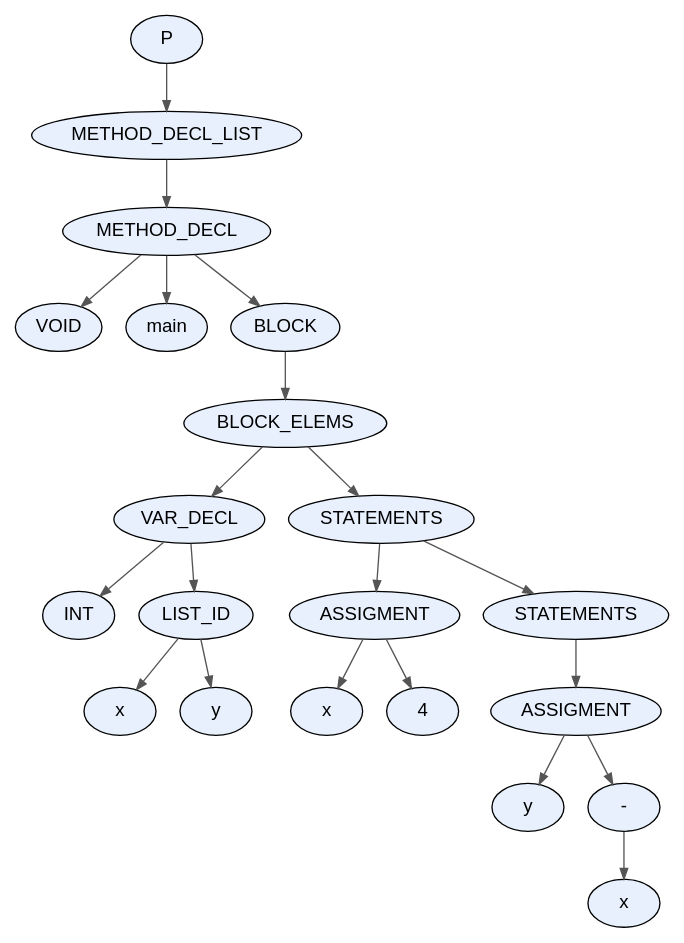
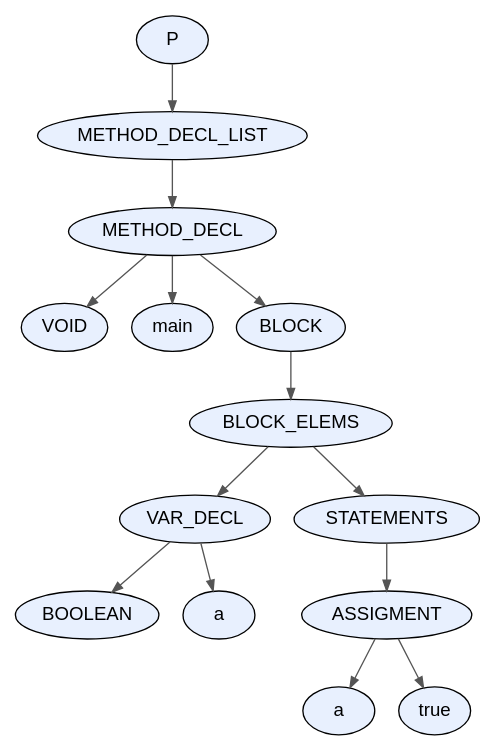
One commit to facundo-dario-loser/TDS2026 changed the diagram in proyecto/dot_files/test9.dot. Above: the diagram before and after it, drawn with Graphviz. The commit also changed 64 other files, not shown here.

```diff
--- a/proyecto/dot_files/test9.dot
+++ b/proyecto/dot_files/test9.dot
@@ -1,45 +1,31 @@
 digraph AST {
   node [fontname="Arial"];
   edge [arrowsize=0.8, color="#555555"];
-  "node_0x57ef7abeb0e0" [label="P", style=filled, fillcolor="#E8F0FE", shape=ellipse, style="rounded,filled"];
-  "node_0x57ef7abeb0e0" -> "node_0x57ef7abeb090";
-  "node_0x57ef7abeb090" [label="METHOD_DECL_LIST", style=filled, fillcolor="#E8F0FE", shape=ellipse, style="rounded,filled"];
-  "node_0x57ef7abeb090" -> "node_0x57ef7abeb040";
-  "node_0x57ef7abeb040" [label="METHOD_DECL", style=filled, fillcolor="#E8F0FE", shape=ellipse, style="rounded,filled"];
-  "node_0x57ef7abeb040" -> "node_0x57ef7abeaf80";
-  "node_0x57ef7abeaf80" [label="VOID", style=filled, fillcolor="#E8F0FE", shape=ellipse, style="rounded,filled"];
-  "node_0x57ef7abeb040" -> "node_0x57ef7abeafd0";
-  "node_0x57ef7abeafd0" [label="main", style=filled, fillcolor="#E8F0FE", shape=ellipse, style="rounded,filled"];
-  "node_0x57ef7abeb040" -> "node_0x57ef7abeaf30";
-  "node_0x57ef7abeaf30" [label="BLOCK", style=filled, fillcolor="#E8F0FE", shape=ellipse, style="rounded,filled"];
-  "node_0x57ef7abeaf30" -> "node_0x57ef7abeaee0";
-  "node_0x57ef7abeaee0" [label="BLOCK_ELEMS", style=filled, fillcolor="#E8F0FE", shape=ellipse, style="rounded,filled"];
-  "node_0x57ef7abeaee0" -> "node_0x57ef7abeab00";
-  "node_0x57ef7abeab00" [label="VAR_DECL", style=filled, fillcolor="#E8F0FE", shape=ellipse, style="rounded,filled"];
-  "node_0x57ef7abeab00" -> "node_0x57ef7abea940";
-  "node_0x57ef7abea940" [label="INT", style=filled, fillcolor="#E8F0FE", shape=ellipse, style="rounded,filled"];
-  "node_0x57ef7abeab00" -> "node_0x57ef7abeaab0";
-  "node_0x57ef7abeaab0" [label="LIST_ID", style=filled, fillcolor="#E8F0FE", shape=ellipse, style="rounded,filled"];
-  "node_0x57ef7abeaab0" -> "node_0x57ef7abeaa40";
-  "node_0x57ef7abeaa40" [label="x", style=filled, fillcolor="#E8F0FE", shape=ellipse, style="rounded,filled"];
-  "node_0x57ef7abeaab0" -> "node_0x57ef7abea9d0";
-  "node_0x57ef7abea9d0" [label="y", style=filled, fillcolor="#E8F0FE", shape=ellipse, style="rounded,filled"];
-  "node_0x57ef7abeaee0" -> "node_0x57ef7abeae90";
-  "node_0x57ef7abeae90" [label="STATEMENTS", style=filled, fillcolor="#E8F0FE", shape=ellipse, style="rounded,filled"];
-  "node_0x57ef7abeae90" -> "node_0x57ef7abeac30";
-  "node_0x57ef7abeac30" [label="ASSIGMENT", style=filled, fillcolor="#E8F0FE", shape=ellipse, style="rounded,filled"];
-  "node_0x57ef7abeac30" -> "node_0x57ef7abeabc0";
-  "node_0x57ef7abeabc0" [label="x", style=filled, fillcolor="#E8F0FE", shape=ellipse, style="rounded,filled"];
-  "node_0x57ef7abeac30" -> "node_0x57ef7abeab70";
-  "node_0x57ef7abeab70" [label="4", style=filled, fillcolor="#E8F0FE", shape=ellipse, style="rounded,filled"];
-  "node_0x57ef7abeae90" -> "node_0x57ef7abeae40";
-  "node_0x57ef7abeae40" [label="STATEMENTS", style=filled, fillcolor="#E8F0FE", shape=ellipse, style="rounded,filled"];
-  "node_0x57ef7abeae40" -> "node_0x57ef7abeadf0";
-  "node_0x57ef7abeadf0" [label="ASSIGMENT", style=filled, fillcolor="#E8F0FE", shape=ellipse, style="rounded,filled"];
-  "node_0x57ef7abeadf0" -> "node_0x57ef7abead80";
-  "node_0x57ef7abead80" [label="y", style=filled, fillcolor="#E8F0FE", shape=ellipse, style="rounded,filled"];
-  "node_0x57ef7abeadf0" -> "node_0x57ef7abead30";
-  "node_0x57ef7abead30" [label="-", style=filled, fillcolor="#E8F0FE", shape=ellipse, style="rounded,filled"];
-  "node_0x57ef7abead30" -> "node_0x57ef7abeacc0";
-  "node_0x57ef7abeacc0" [label="x", style=filled, fillcolor="#E8F0FE", shape=ellipse, style="rounded,filled"];
+  "node_0x5c92d2bbfb40" [label="P", style=filled, fillcolor="#E8F0FE", shape=ellipse, style="rounded,filled"];
+  "node_0x5c92d2bbfb40" -> "node_0x5c92d2bbfaf0";
+  "node_0x5c92d2bbfaf0" [label="METHOD_DECL_LIST", style=filled, fillcolor="#E8F0FE", shape=ellipse, style="rounded,filled"];
+  "node_0x5c92d2bbfaf0" -> "node_0x5c92d2bbfaa0";
+  "node_0x5c92d2bbfaa0" [label="METHOD_DECL", style=filled, fillcolor="#E8F0FE", shape=ellipse, style="rounded,filled"];
+  "node_0x5c92d2bbfaa0" -> "node_0x5c92d2bbf9e0";
+  "node_0x5c92d2bbf9e0" [label="VOID", style=filled, fillcolor="#E8F0FE", shape=ellipse, style="rounded,filled"];
+  "node_0x5c92d2bbfaa0" -> "node_0x5c92d2bbfa30";
+  "node_0x5c92d2bbfa30" [label="main", style=filled, fillcolor="#E8F0FE", shape=ellipse, style="rounded,filled"];
+  "node_0x5c92d2bbfaa0" -> "node_0x5c92d2bbf990";
+  "node_0x5c92d2bbf990" [label="BLOCK", style=filled, fillcolor="#E8F0FE", shape=ellipse, style="rounded,filled"];
+  "node_0x5c92d2bbf990" -> "node_0x5c92d2bbf940";
+  "node_0x5c92d2bbf940" [label="BLOCK_ELEMS", style=filled, fillcolor="#E8F0FE", shape=ellipse, style="rounded,filled"];
+  "node_0x5c92d2bbf940" -> "node_0x5c92d2bbf630";
+  "node_0x5c92d2bbf630" [label="VAR_DECL", style=filled, fillcolor="#E8F0FE", shape=ellipse, style="rounded,filled"];
+  "node_0x5c92d2bbf630" -> "node_0x5c92d2bbf550";
+  "node_0x5c92d2bbf550" [label="BOOLEAN", style=filled, fillcolor="#E8F0FE", shape=ellipse, style="rounded,filled"];
+  "node_0x5c92d2bbf630" -> "node_0x5c92d2bbf5c0";
+  "node_0x5c92d2bbf5c0" [label="a", style=filled, fillcolor="#E8F0FE", shape=ellipse, style="rounded,filled"];
+  "node_0x5c92d2bbf940" -> "node_0x5c92d2bbf8f0";
+  "node_0x5c92d2bbf8f0" [label="STATEMENTS", style=filled, fillcolor="#E8F0FE", shape=ellipse, style="rounded,filled"];
+  "node_0x5c92d2bbf8f0" -> "node_0x5c92d2bbf8a0";
+  "node_0x5c92d2bbf8a0" [label="ASSIGMENT", style=filled, fillcolor="#E8F0FE", shape=ellipse, style="rounded,filled"];
+  "node_0x5c92d2bbf8a0" -> "node_0x5c92d2bbf830";
+  "node_0x5c92d2bbf830" [label="a", style=filled, fillcolor="#E8F0FE", shape=ellipse, style="rounded,filled"];
+  "node_0x5c92d2bbf8a0" -> "node_0x5c92d2bc0340";
+  "node_0x5c92d2bc0340" [label="true", style=filled, fillcolor="#E8F0FE", shape=ellipse, style="rounded,filled"];
 }
```
